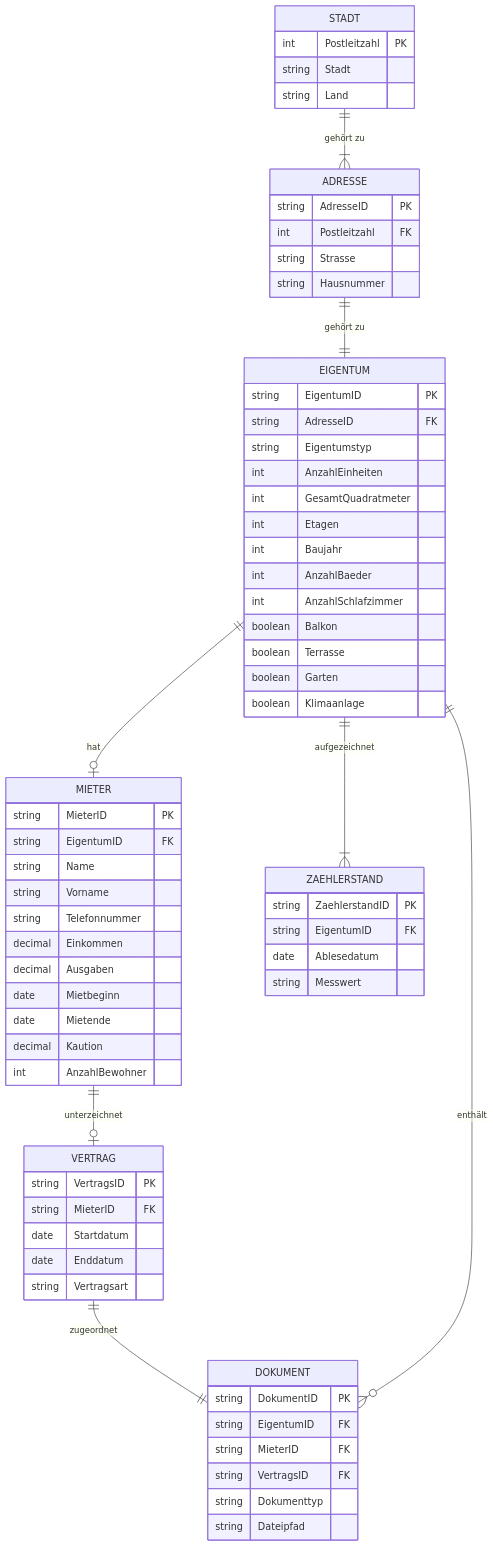
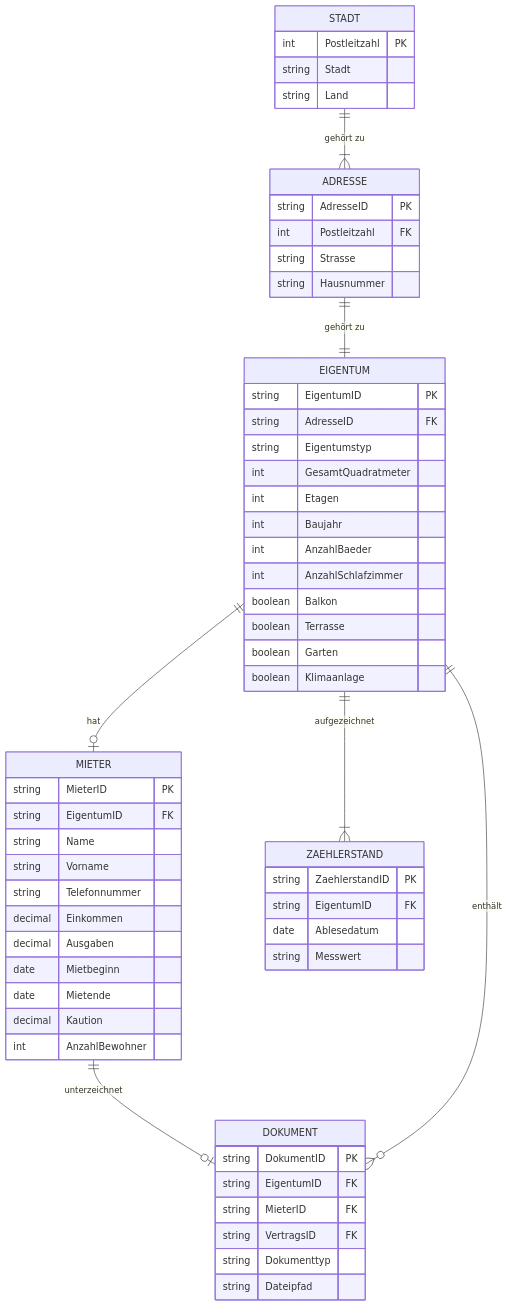
Before and after one commit to dav354/immobilienverwaltung: the diagram in README.md, drawn with Mermaid.

Commit message:
simplify databse design

````diff
--- a/README.md
+++ b/README.md
@@ -224,70 +224,61 @@
 ```mermaid
 erDiagram
     ADRESSE ||--|| EIGENTUM : "gehört zu"
     ADRESSE {
         string AdresseID PK
         int Postleitzahl FK
         string Strasse
         string Hausnummer
     }
     STADT ||--|{ ADRESSE : "gehört zu"
     STADT {
         int Postleitzahl PK
         string Stadt
         string Land
     }
     EIGENTUM ||--o| MIETER : "hat"
     EIGENTUM {
         string EigentumID PK
         string AdresseID FK
         string Eigentumstyp
-        int AnzahlEinheiten
         int GesamtQuadratmeter
         int Etagen
         int Baujahr
         int AnzahlBaeder
         int AnzahlSchlafzimmer
         boolean Balkon
         boolean Terrasse
         boolean Garten
         boolean Klimaanlage
     }
-    MIETER ||--o| VERTRAG : "unterzeichnet"
+    MIETER ||--o| DOKUMENT : "unterzeichnet"
     MIETER {
         string MieterID PK
         string EigentumID FK
         string Name
         string Vorname
         string Telefonnummer
         decimal Einkommen
         decimal Ausgaben
         date Mietbeginn
         date Mietende
         decimal Kaution
         int AnzahlBewohner
-    }
-    VERTRAG ||--|| DOKUMENT : "zugeordnet"
-    VERTRAG {
-        string VertragsID PK
-        string MieterID FK
-        date Startdatum
-        date Enddatum
-        string Vertragsart
     }
     EIGENTUM ||--o{ DOKUMENT : "enthält"
     DOKUMENT {
         string DokumentID PK
         string EigentumID FK
         string MieterID FK
         string VertragsID FK
         string Dokumenttyp
         string Dateipfad
     }
     EIGENTUM ||--|{ ZAEHLERSTAND : "aufgezeichnet"
     ZAEHLERSTAND {
         string ZaehlerstandID PK
         string EigentumID FK
         date Ablesedatum
         string Messwert
     }
 ```
````
